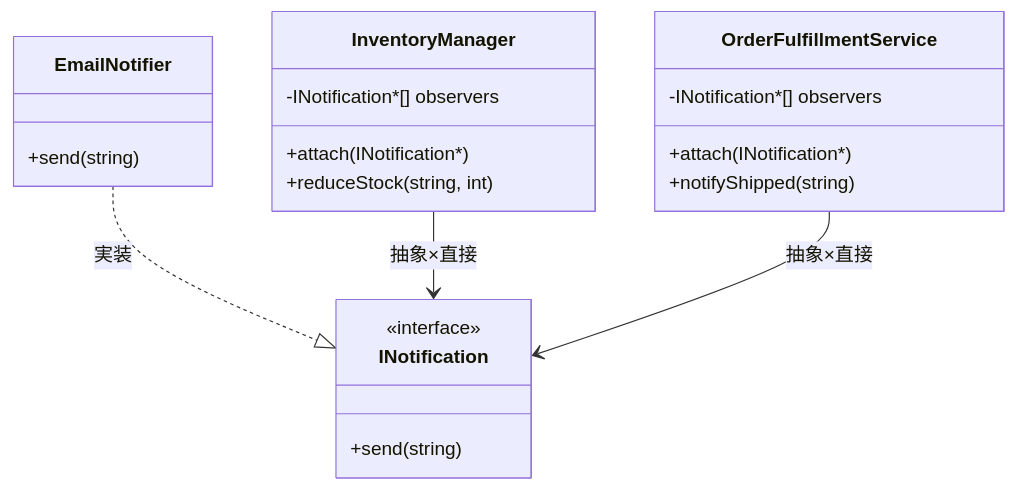
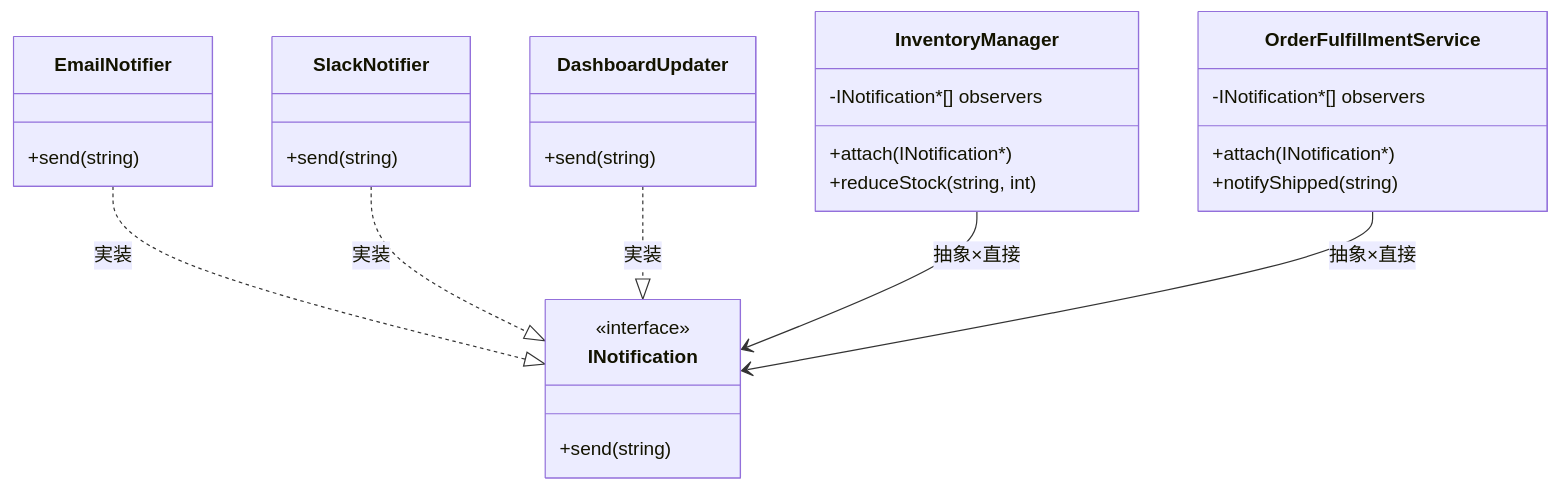
Before and after one commit to kumachan1101-pixel/DesignPattern: the eighth of 13 diagrams in kindle/design-patterns/output/chapter07.md, drawn with Mermaid. The commit also changed other lines of this file and 2 other files, not shown here.

````diff
--- a/kindle/design-patterns/output/chapter07.md
+++ b/kindle/design-patterns/output/chapter07.md
@@ -680,23 +766,31 @@
 ```mermaid
 classDiagram
     class INotification {
         <<interface>>
         +send(string)
     }
     class EmailNotifier {
+        +send(string)
+    }
+    class SlackNotifier {
+        +send(string)
+    }
+    class DashboardUpdater {
         +send(string)
     }
     class InventoryManager {
         -INotification*[] observers
         +attach(INotification*)
         +reduceStock(string, int)
     }
     class OrderFulfillmentService {
         -INotification*[] observers
         +attach(INotification*)
         +notifyShipped(string)
     }
     EmailNotifier ..|> INotification : 実装
+    SlackNotifier ..|> INotification : 実装
+    DashboardUpdater ..|> INotification : 実装
     InventoryManager --> INotification : 抽象×直接
     OrderFulfillmentService --> INotification : 抽象×直接
 ```
````
